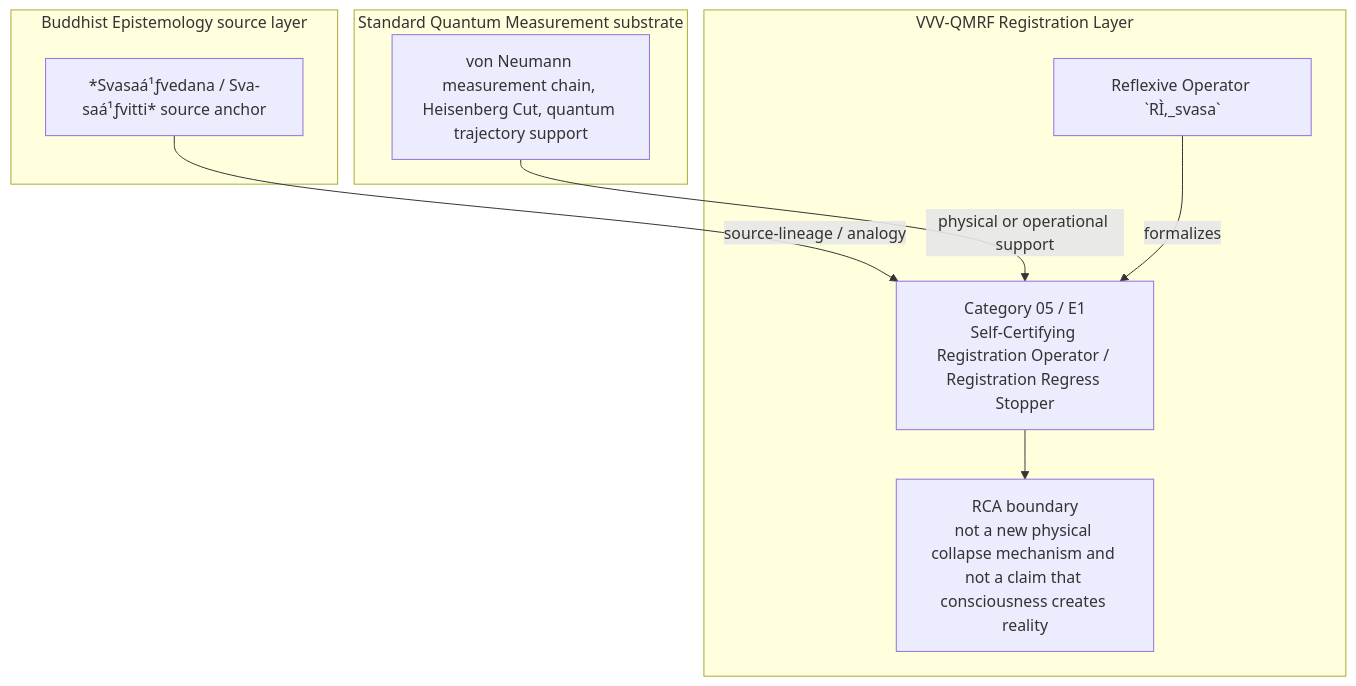
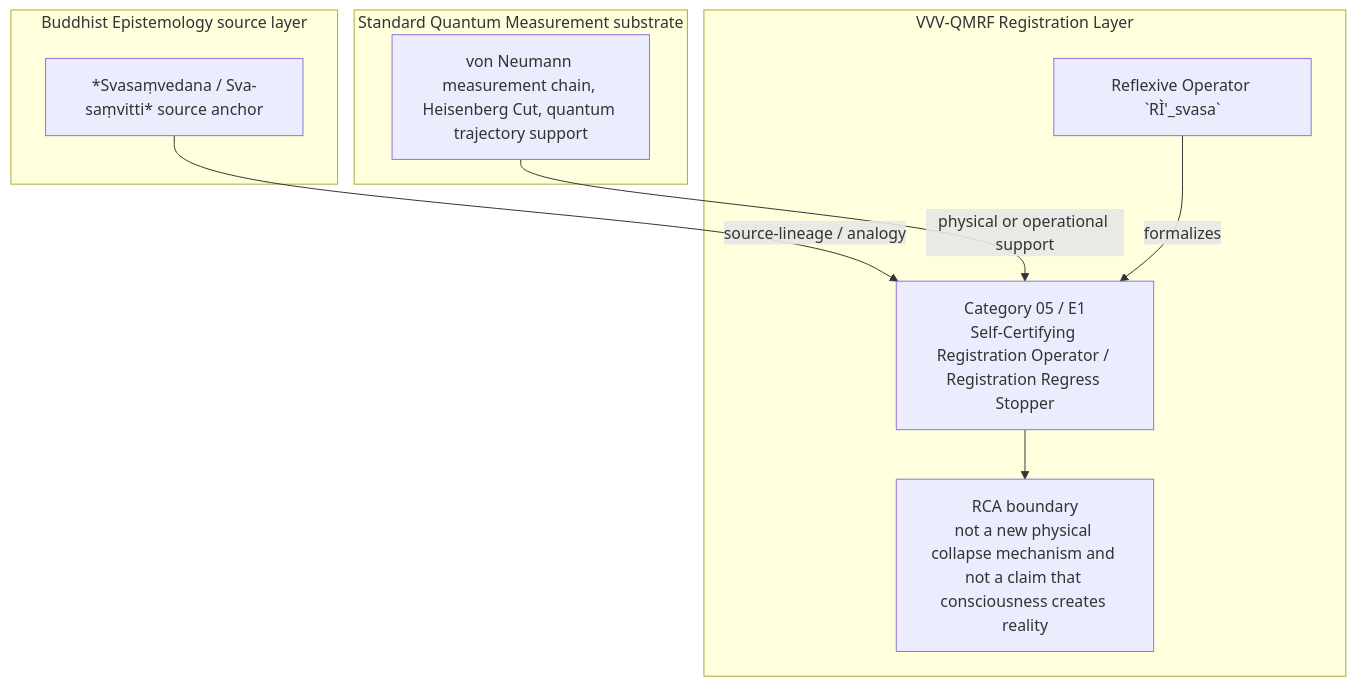
Before and after one commit to AIhugART/VVV-QMRF-VietVunVut-Quantum-Measurement-Registration-Framework: the diagram in documents/research_documents/category/vvv_qmrf_category_05_e01_self_certifying_registration_operator.md, drawn with Mermaid. The commit also changed other lines of this file and 17 other files, not shown here.

````diff
--- a/documents/research_documents/category/vvv_qmrf_category_05_e01_self_certifying_registration_operator.md
+++ b/documents/research_documents/category/vvv_qmrf_category_05_e01_self_certifying_registration_operator.md
@@ -256,21 +257,21 @@
 ```mermaid
 flowchart TD
     subgraph BE["Buddhist Epistemology source layer"]
-        BE1["*Svasaá¹ƒvedana / Sva-saá¹ƒvitti* source anchor"]
+        BE1["*Svasaṃvedana / Sva-saṃvitti* source anchor"]
     end
 
     subgraph QM["Standard Quantum Measurement substrate"]
         QM1["von Neumann measurement chain, Heisenberg Cut, quantum trajectory support"]
     end
 
     subgraph VVV["VVV-QMRF Registration Layer"]
         CAT["Category 05 / E1<br/>Self-Certifying Registration Operator / Registration Regress Stopper"]
-        SYM["Reflexive Operator `RÌ‚_svasa`"]
+        SYM["Reflexive Operator `RÌ'_svasa`"]
         BOUND["RCA boundary<br/>not a new physical collapse mechanism and not a claim that consciousness creates reality"]
     end
 
     BE1 -->|"source-lineage / analogy"| CAT
     QM1 -->|"physical or operational support"| CAT
     SYM -->|"formalizes"| CAT
     CAT --> BOUND
 ```
````
